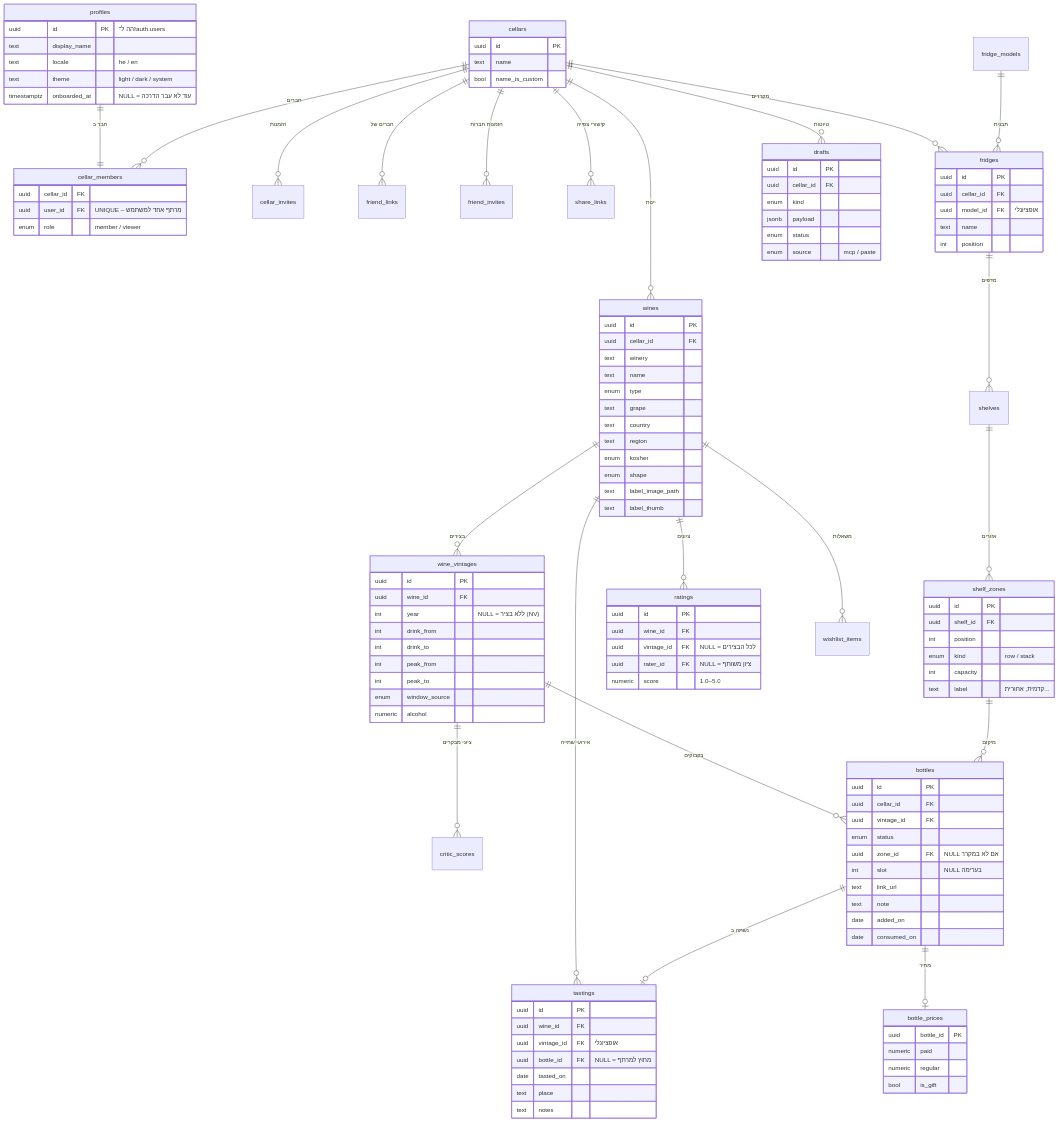
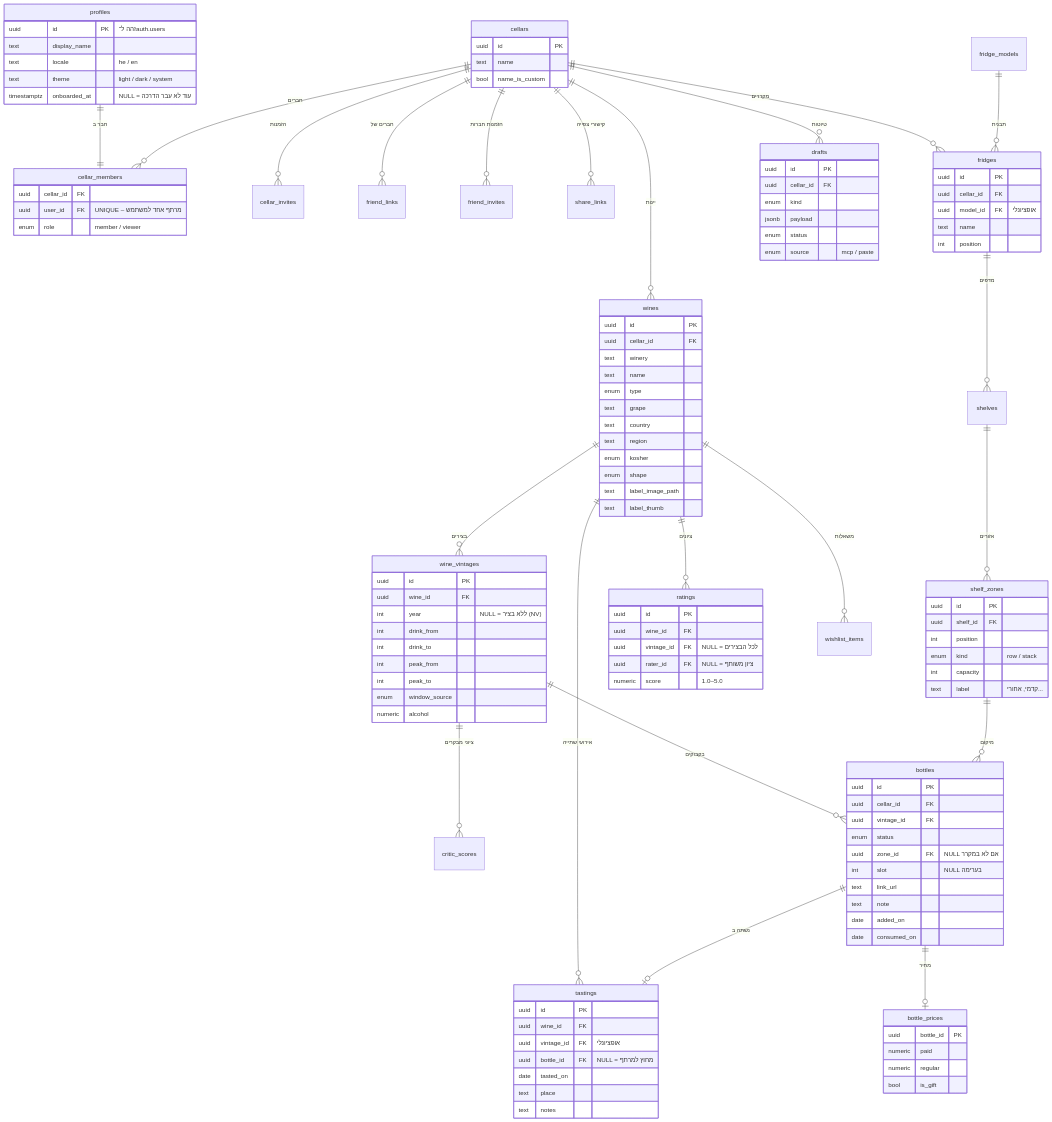
The diagram in docs/data-model.md (ItayLichtenstein/wine-cellar), drawn with Mermaid before and after one commit. The commit also changed 9 other files, not shown here.

Commit message:
fix(fridge): call shelf rows אחורי/קדמי (#87)

```diff
--- a/docs/data-model.md
+++ b/docs/data-model.md
@@ -72,7 +72,7 @@
         int position
         enum kind "row / stack"
         int capacity
-        text label "קדמית, אחורית..."
+        text label "קדמי, אחורי..."
     }
     wines {
         uuid id PK
```
